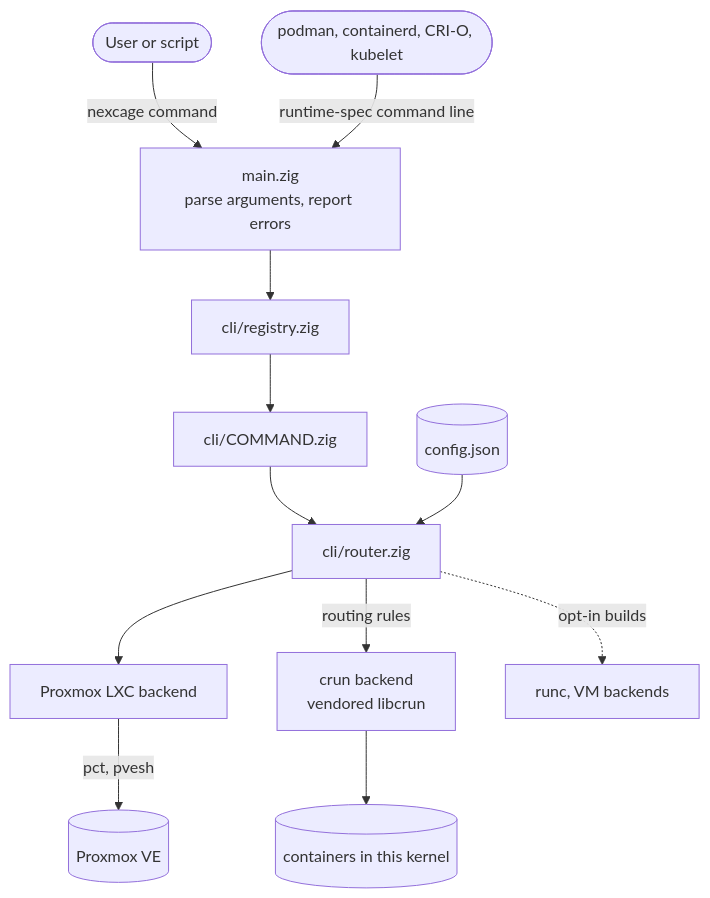
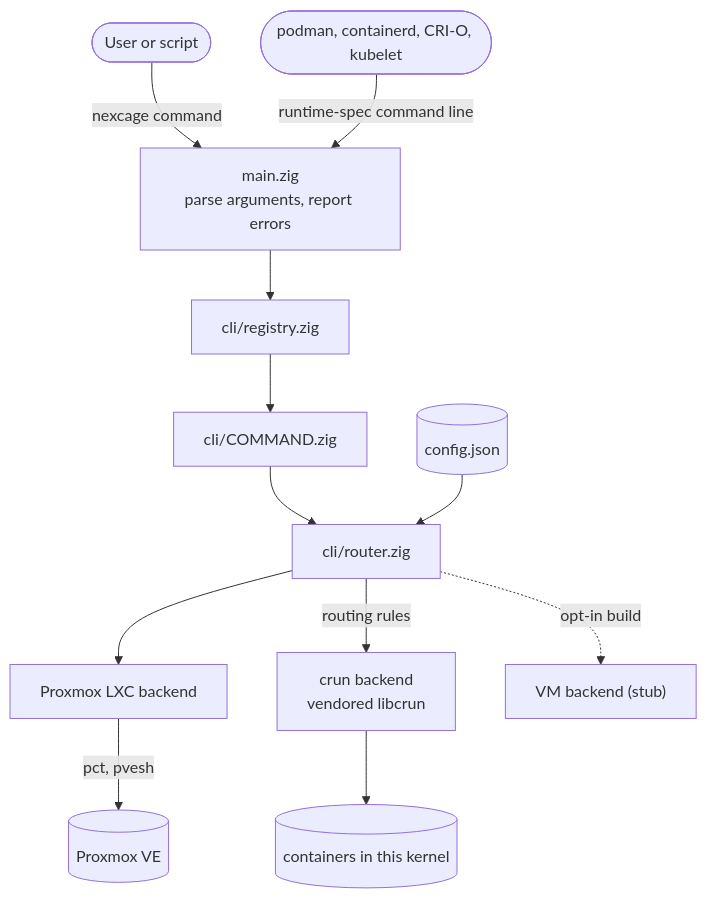
The first of 2 diagrams in docs/architecture/OVERVIEW.md (CageForge/nexcage), drawn with Mermaid before and after one commit. The commit also changed 19 other files, not shown here.

First line of the commit message:
the runc backend goes

````diff
--- a/docs/architecture/OVERVIEW.md
+++ b/docs/architecture/OVERVIEW.md
@@ -16,14 +16,14 @@
 ```mermaid
 flowchart TD
   user([User or script]) -->|nexcage command| main["main.zig<br/>parse arguments, report errors"]
   engine([podman, containerd, CRI-O, kubelet]) -->|runtime-spec command line| main
   main --> registry["cli/registry.zig"]
   registry --> cmd["cli/COMMAND.zig"]
   cmd --> router["cli/router.zig"]
   cfg[("config.json")] --> router
   router --> lxc["Proxmox LXC backend"]
   router -->|routing rules| crun["crun backend<br/>vendored libcrun"]
   crun --> kernel[("containers in this kernel")]
-  router -.->|opt-in builds| other["runc, VM backends"]
+  router -.->|opt-in build| other["VM backend (stub)"]
   lxc -->|pct, pvesh| pve[("Proxmox VE")]
 ```
````
